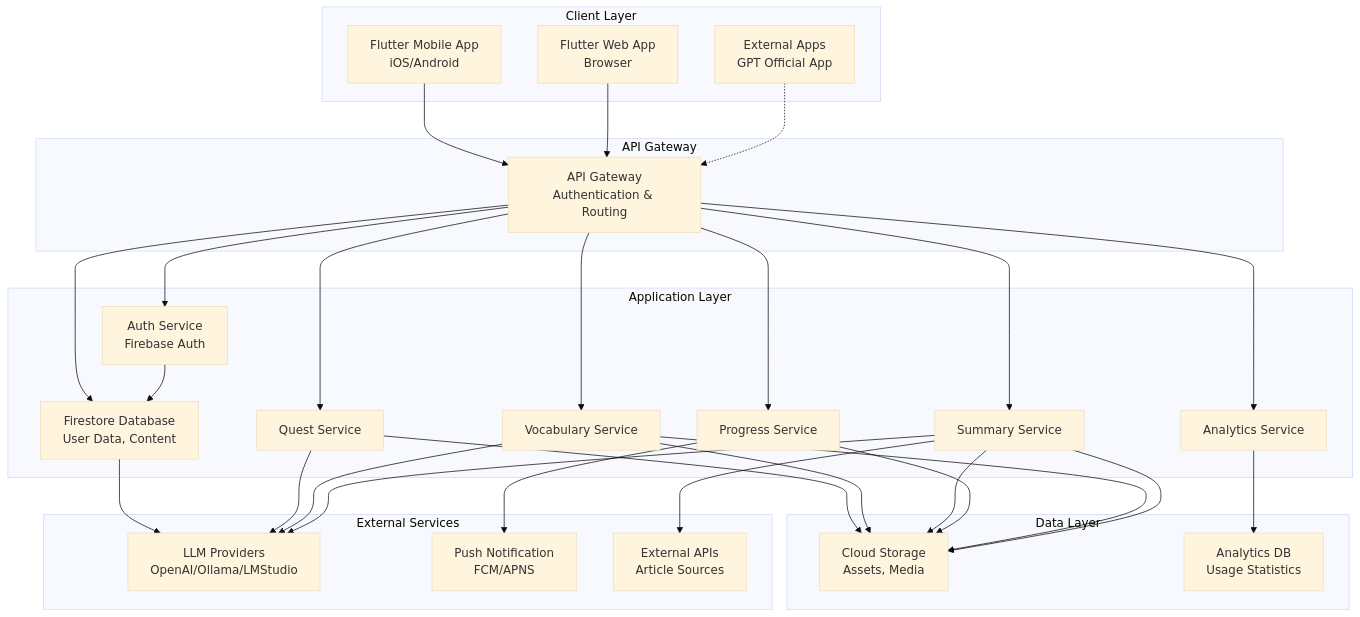
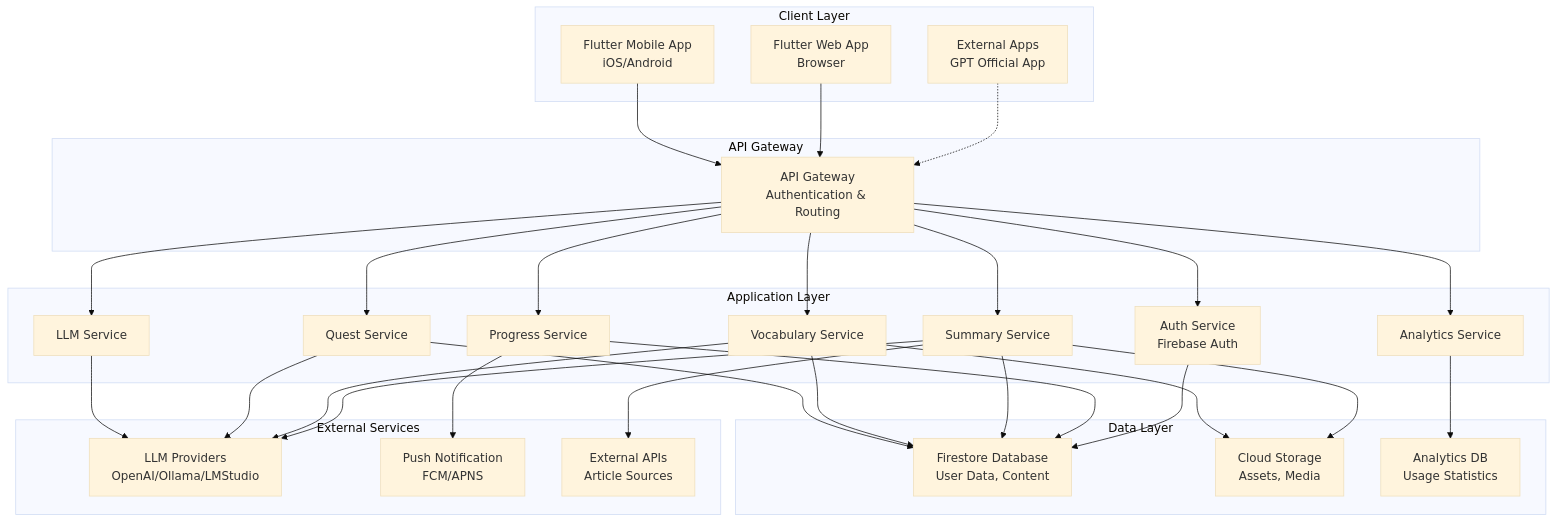
Before and after one commit to sora-kisaragi/TechLingualQuest: the second of 15 diagrams in docs/design/HLD.md, drawn with Mermaid (base theme). The commit also changed other lines of this file, not shown here.

````diff
--- a/docs/design/HLD.md
+++ b/docs/design/HLD.md
@@ -44,64 +89,64 @@
 ```mermaid
 graph TB
     subgraph "Client Layer"
         A[Flutter Mobile App<br/>iOS/Android]
         B[Flutter Web App<br/>Browser]
         C[External Apps<br/>GPT Official App]
     end
     
     subgraph "API Gateway"
         D[API Gateway<br/>Authentication & Routing]
     end
     
     subgraph "Application Layer"
         E[Auth Service<br/>Firebase Auth]
         F[Quest Service]
         G[Vocabulary Service]
         H[Summary Service]
         I[Progress Service]
         J[Analytics Service]
         K[LLM Service]
     end
     
     subgraph "Data Layer"
-        K[Firestore Database<br/>User Data, Content]
-        L[Cloud Storage<br/>Assets, Media]
-        M[Analytics DB<br/>Usage Statistics]
+        L[Firestore Database<br/>User Data, Content]
+        M[Cloud Storage<br/>Assets, Media]
+        N[Analytics DB<br/>Usage Statistics]
     end
     
     subgraph "External Services"
-        N[LLM Providers<br/>OpenAI/Ollama/LMStudio]
-        O[Push Notification<br/>FCM/APNS]
-        P[External APIs<br/>Article Sources]
+        O[LLM Providers<br/>OpenAI/Ollama/LMStudio]
+        P[Push Notification<br/>FCM/APNS]
+        Q[External APIs<br/>Article Sources]
     end
     
     A --> D
     B --> D
     C -.-> D
     
     D --> E
     D --> F
     D --> G
     D --> H
     D --> I
     D --> J
     D --> K
     
     F --> L
     G --> L
     H --> L
     I --> L
-    J --> M
-    K --> N
+    J --> N
+    K --> O
     
-    E --> K
-    G --> L
-    H --> L
+    E --> L
+    G --> M
+    H --> M
     
-    F --> N
-    G --> N
-    H --> N
+    F --> O
+    G --> O
+    H --> O
     
-    I --> O
-    H --> P
+    I --> P
+    H --> Q
 ```
````
